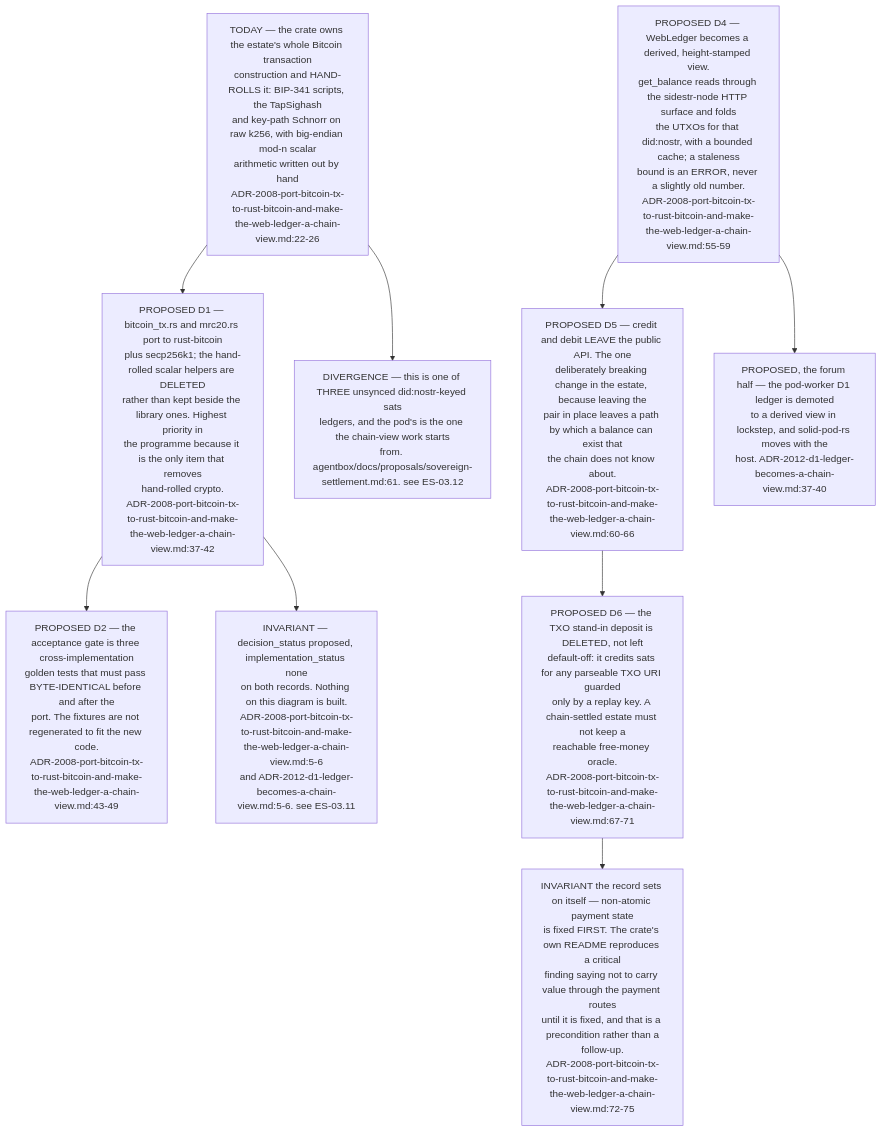
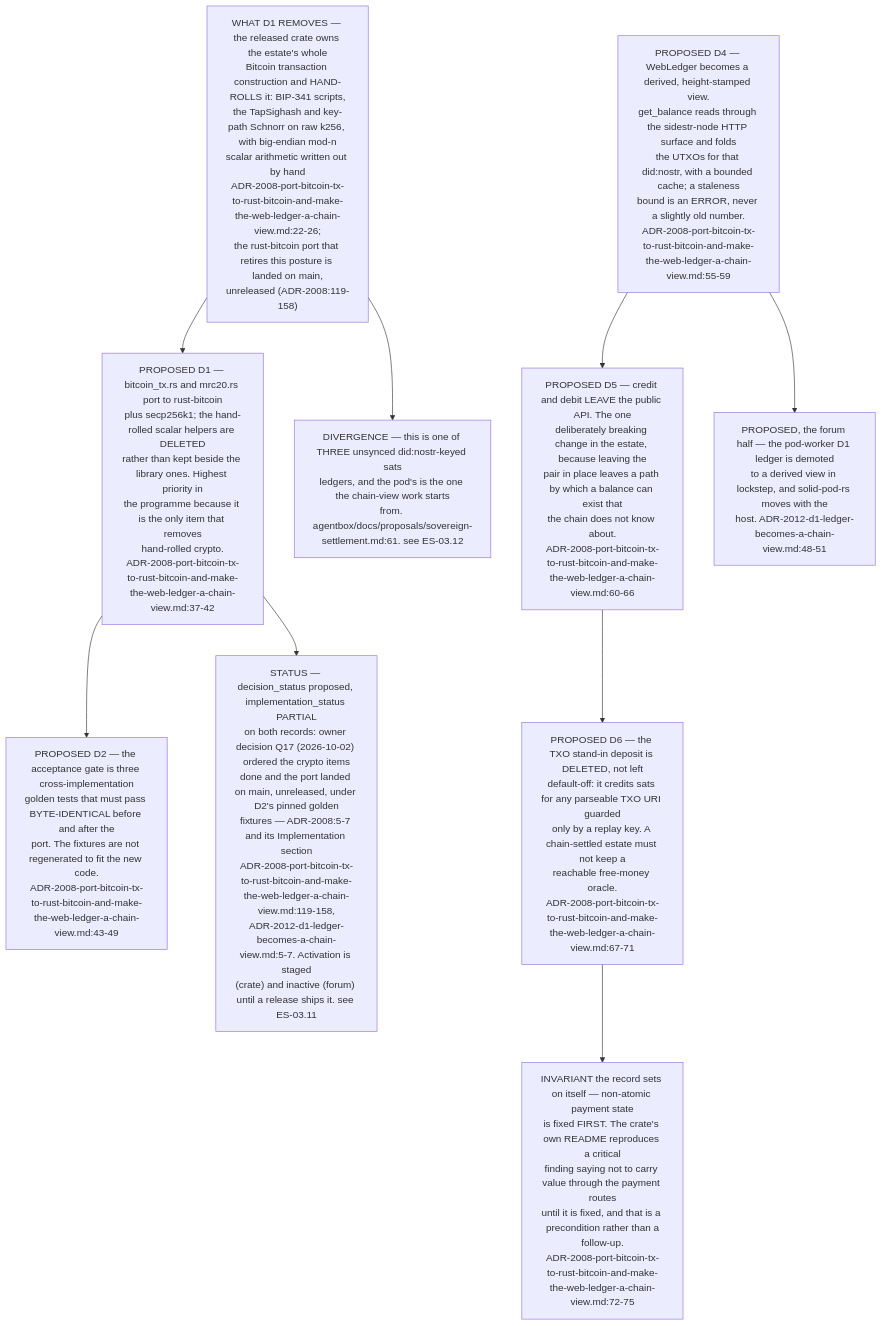
Before and after one commit to DreamLab-AI/VisionFlow: diagram 12 of 12 in docs/diagrams/estate/08-solid-pod-estate.md, drawn with Mermaid. The commit also changed other lines of this file and 111 other files, not shown here.

Commit message:
docs(diagrams): align estate maps with current source

````diff
--- a/docs/diagrams/estate/08-solid-pod-estate.md
+++ b/docs/diagrams/estate/08-solid-pod-estate.md
@@ -489,29 +489,29 @@
 ```mermaid
 flowchart TB
-    CRYPTO["TODAY — the crate owns the estate's whole Bitcoin transaction<br/>construction and HAND-ROLLS it: BIP-341 scripts, the TapSighash<br/>and key-path Schnorr on raw k256, with big-endian mod-n scalar<br/>arithmetic written out by hand<br/>ADR-2008-port-bitcoin-tx-to-rust-bitcoin-and-make-the-web-ledger-a-chain-view.md:22-26"]
+    CRYPTO["WHAT D1 REMOVES — the released crate owns the estate's whole<br/>Bitcoin transaction construction and HAND-ROLLS it: BIP-341 scripts,<br/>the TapSighash and key-path Schnorr on raw k256, with big-endian mod-n<br/>scalar arithmetic written out by hand<br/>ADR-2008-port-bitcoin-tx-to-rust-bitcoin-and-make-the-web-ledger-a-chain-view.md:22-26;<br/>the rust-bitcoin port that retires this posture is landed on main,<br/>unreleased (ADR-2008:119-158)"]
 
     PORT["PROPOSED D1 — bitcoin_tx.rs and mrc20.rs port to rust-bitcoin<br/>plus secp256k1; the hand-rolled scalar helpers are DELETED<br/>rather than kept beside the library ones. Highest priority in<br/>the programme because it is the only item that removes<br/>hand-rolled crypto.<br/>ADR-2008-port-bitcoin-tx-to-rust-bitcoin-and-make-the-web-ledger-a-chain-view.md:37-42"]
     CRYPTO --> PORT
 
     GATE["PROPOSED D2 — the acceptance gate is three cross-implementation<br/>golden tests that must pass BYTE-IDENTICAL before and after the<br/>port. The fixtures are not regenerated to fit the new code.<br/>ADR-2008-port-bitcoin-tx-to-rust-bitcoin-and-make-the-web-ledger-a-chain-view.md:43-49"]
     PORT --> GATE
 
     VIEW["PROPOSED D4 — WebLedger becomes a derived, height-stamped view.<br/>get_balance reads through the sidestr-node HTTP surface and folds<br/>the UTXOs for that did:nostr, with a bounded cache; a staleness<br/>bound is an ERROR, never a slightly old number.<br/>ADR-2008-port-bitcoin-tx-to-rust-bitcoin-and-make-the-web-ledger-a-chain-view.md:55-59"]
     API["PROPOSED D5 — credit and debit LEAVE the public API. The one<br/>deliberately breaking change in the estate, because leaving the<br/>pair in place leaves a path by which a balance can exist that<br/>the chain does not know about.<br/>ADR-2008-port-bitcoin-tx-to-rust-bitcoin-and-make-the-web-ledger-a-chain-view.md:60-66"]
     VIEW --> API
 
     TXO["PROPOSED D6 — the TXO stand-in deposit is DELETED, not left<br/>default-off: it credits sats for any parseable TXO URI guarded<br/>only by a replay key. A chain-settled estate must not keep a<br/>reachable free-money oracle.<br/>ADR-2008-port-bitcoin-tx-to-rust-bitcoin-and-make-the-web-ledger-a-chain-view.md:67-71"]
     API --> TXO
 
-    FORUM["PROPOSED, the forum half — the pod-worker D1 ledger is demoted<br/>to a derived view in lockstep, and solid-pod-rs moves with the<br/>host. ADR-2012-d1-ledger-becomes-a-chain-view.md:37-40"]
+    FORUM["PROPOSED, the forum half — the pod-worker D1 ledger is demoted<br/>to a derived view in lockstep, and solid-pod-rs moves with the<br/>host. ADR-2012-d1-ledger-becomes-a-chain-view.md:48-51"]
     VIEW --> FORUM
 
     PRE["INVARIANT the record sets on itself — non-atomic payment state<br/>is fixed FIRST. The crate's own README reproduces a critical<br/>finding saying not to carry value through the payment routes<br/>until it is fixed, and that is a precondition rather than a<br/>follow-up.<br/>ADR-2008-port-bitcoin-tx-to-rust-bitcoin-and-make-the-web-ledger-a-chain-view.md:72-75"]
     TXO --> PRE
 
-    NOTLIVE["INVARIANT — decision_status proposed, implementation_status none<br/>on both records. Nothing on this diagram is built.<br/>ADR-2008-port-bitcoin-tx-to-rust-bitcoin-and-make-the-web-ledger-a-chain-view.md:5-6<br/>and ADR-2012-d1-ledger-becomes-a-chain-view.md:5-6. see ES-03.11"]
+    NOTLIVE["STATUS — decision_status proposed, implementation_status PARTIAL<br/>on both records: owner decision Q17 (2026-10-02) ordered the crypto items<br/>done and the port landed on main, unreleased, under D2's pinned golden<br/>fixtures — ADR-2008:5-7 and its Implementation section<br/>ADR-2008-port-bitcoin-tx-to-rust-bitcoin-and-make-the-web-ledger-a-chain-view.md:119-158,<br/>ADR-2012-d1-ledger-becomes-a-chain-view.md:5-7. Activation is staged<br/>(crate) and inactive (forum) until a release ships it. see ES-03.11"]
     PORT --> NOTLIVE
 
     THREE["DIVERGENCE — this is one of THREE unsynced did:nostr-keyed sats<br/>ledgers, and the pod's is the one the chain-view work starts<br/>from. agentbox/docs/proposals/sovereign-settlement.md:61. see ES-03.12"]
     CRYPTO --> THREE
 ```
````
